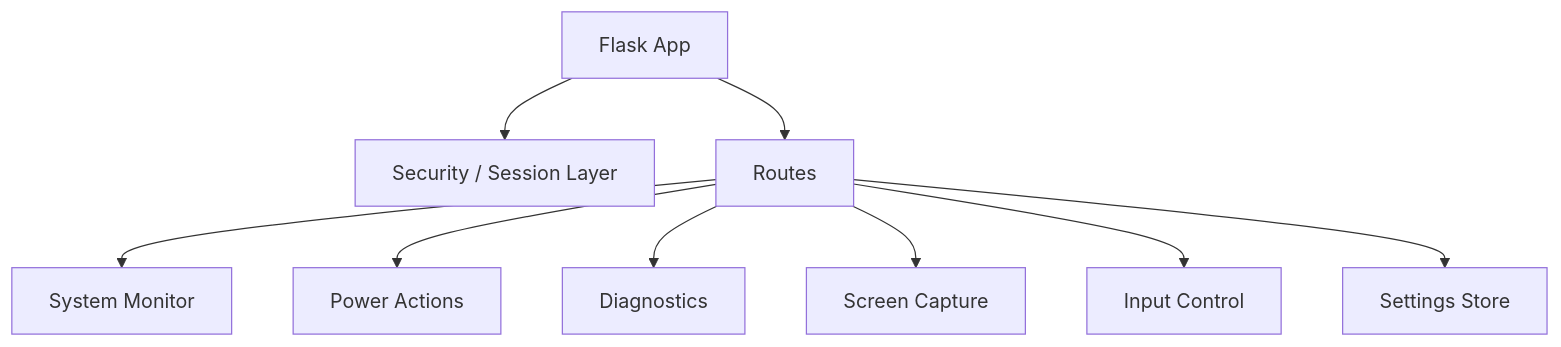
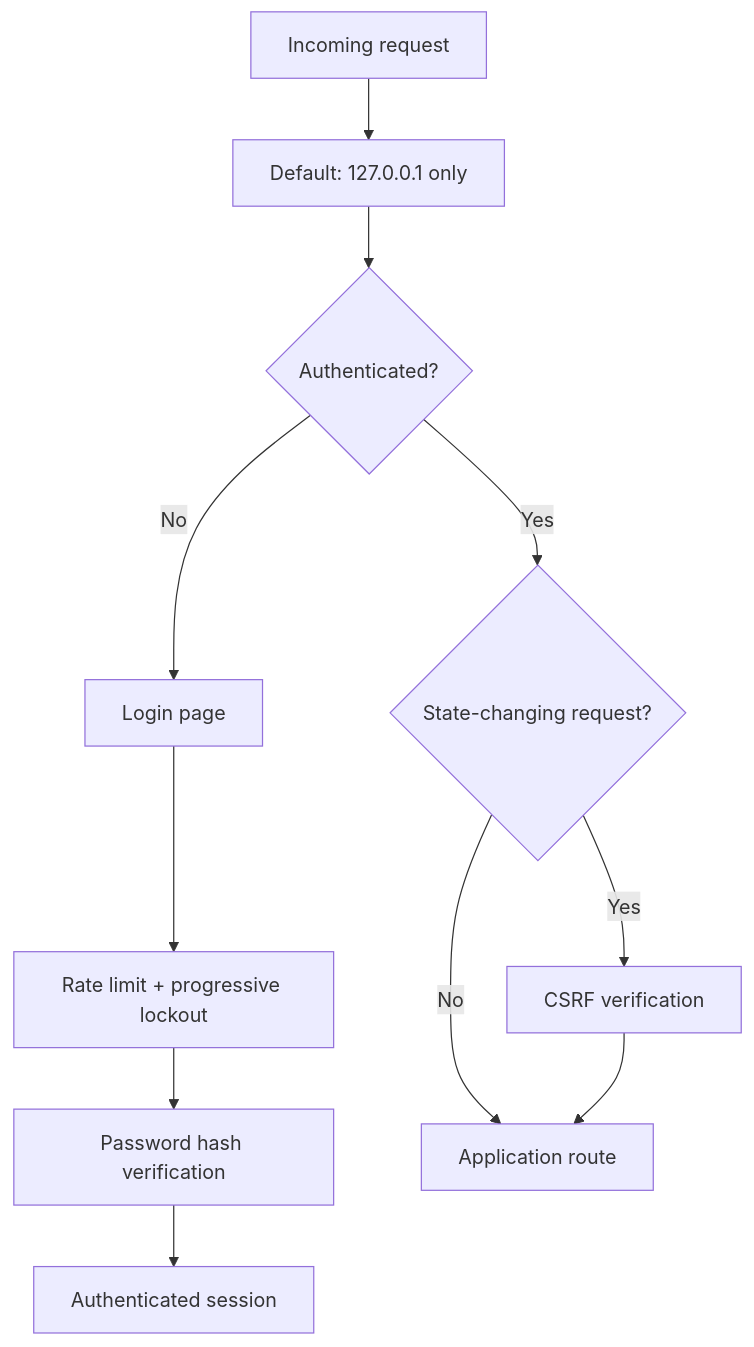
The second of 2 diagrams in README.md (Danial-Zolfaghari/DZ-Operations-Console), drawn with Mermaid before and after one commit. The commit also changed other lines of this file and 27 other files, not shown here.

````diff
--- a/README.md
+++ b/README.md
@@ -76,11 +83,13 @@
 ```mermaid
 flowchart TD
-  App[Flask App] --> Auth[Security / Session Layer]
-  App --> Routes[Routes]
-  Routes --> Monitor[System Monitor]
-  Routes --> Power[Power Actions]
-  Routes --> Diagnostics[Diagnostics]
-  Routes --> Screen[Screen Capture]
-  Routes --> Input[Input Control]
-  Routes --> Settings[Settings Store]
+    REQ[Incoming request] --> LOCAL[Default: 127.0.0.1 only]
+    LOCAL --> LOGIN{Authenticated?}
+    LOGIN -- No --> GATE[Login page]
+    GATE --> LIMIT[Rate limit + progressive lockout]
+    LIMIT --> HASH[Password hash verification]
+    HASH --> SESSION[Authenticated session]
+    LOGIN -- Yes --> CSRF{State-changing request?}
+    CSRF -- Yes --> TOKEN[CSRF verification]
+    CSRF -- No --> APP[Application route]
+    TOKEN --> APP
 ```
````
